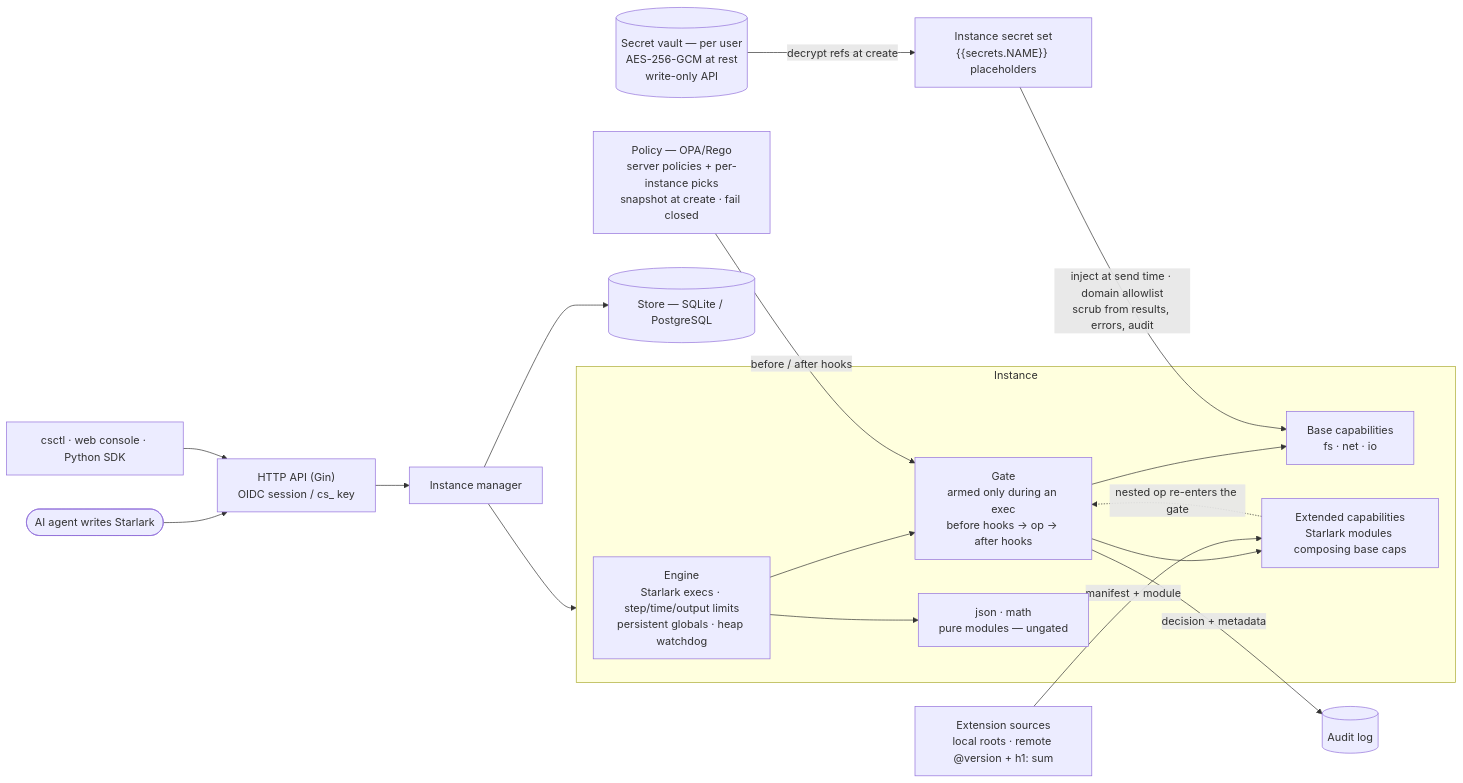
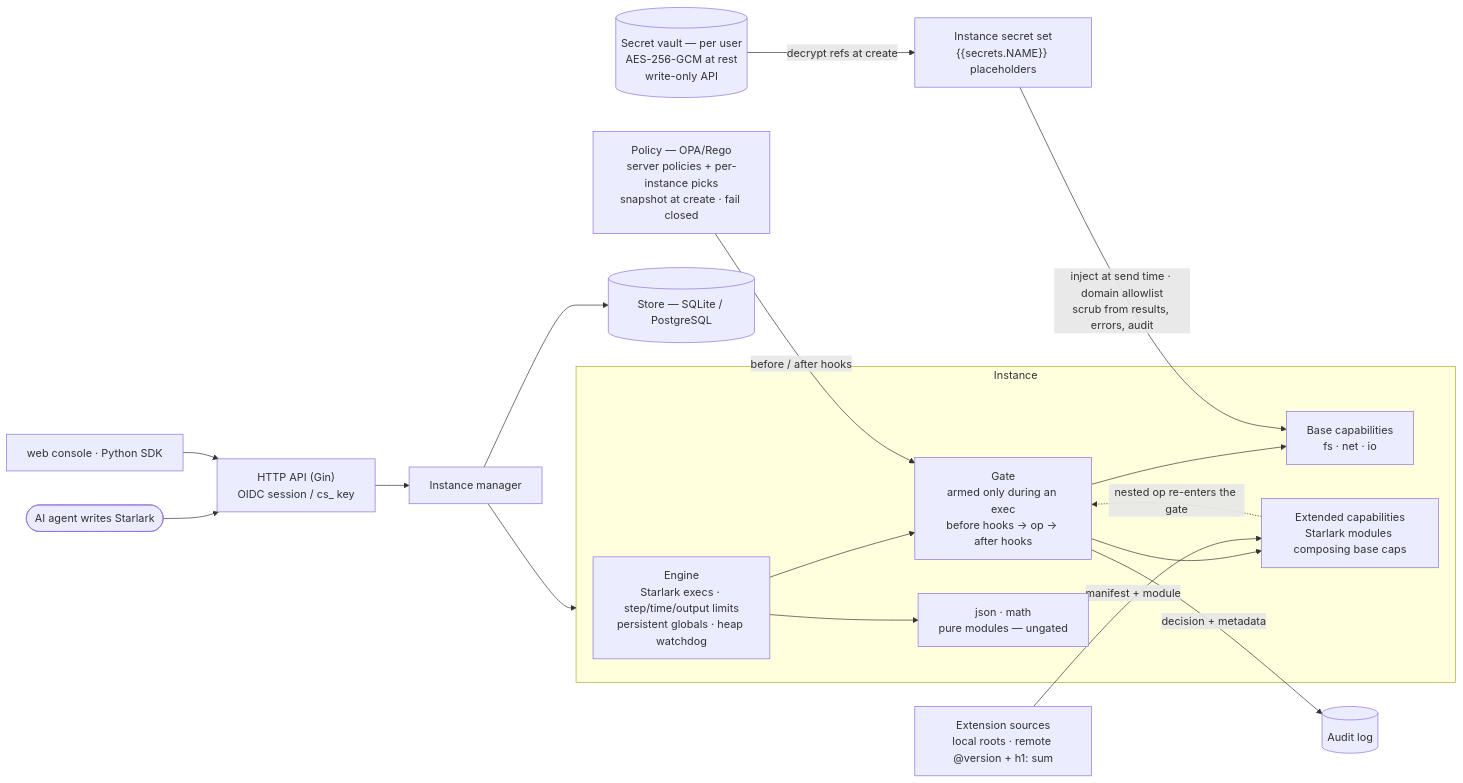
The diagram in README.md (wylswz/calcside), drawn with Mermaid before and after one commit. The commit also changed other lines of this file and 14 other files, not shown here.

````diff
--- a/README.md
+++ b/README.md
@@ -11,31 +11,31 @@
 ```mermaid
 flowchart LR
     agent([AI agent writes Starlark]) --> http
-    ui["csctl · web console · Python SDK"] --> http
+    ui["web console · Python SDK"] --> http
     http["HTTP API (Gin)<br/>OIDC session / cs_ key"] --> mgr["Instance manager"]
 
     subgraph inst["Instance"]
         eng["Engine<br/>Starlark execs · step/time/output limits<br/>persistent globals · heap watchdog"]
         gate["Gate<br/>armed only during an exec<br/>before hooks → op → after hooks"]
         base["Base capabilities<br/>fs · net · io"]
         ext["Extended capabilities<br/>Starlark modules composing base caps"]
         pure["json · math<br/>pure modules — ungated"]
 
         eng --> gate
         eng --> pure
         gate --> base
         gate --> ext
         ext -.->|"nested op re-enters the gate"| gate
     end
 
     mgr --> inst
 
     pol["Policy — OPA/Rego<br/>server policies + per-instance picks<br/>snapshot at create · fail closed"] -->|"before / after hooks"| gate
     gate -->|"decision + metadata"| audit[("Audit log")]
     mgr --> store[("Store — SQLite / PostgreSQL")]
 
     vault[("Secret vault — per user<br/>AES-256-GCM at rest<br/>write-only API")] -->|"decrypt refs at create"| sset["Instance secret set<br/>{{secrets.NAME}} placeholders"]
     sset -->|"inject at send time · domain allowlist<br/>scrub from results, errors, audit"| base
 
     srcs["Extension sources<br/>local roots · remote @version + h1: sum"] -->|"manifest + module"| ext
 ```
````
